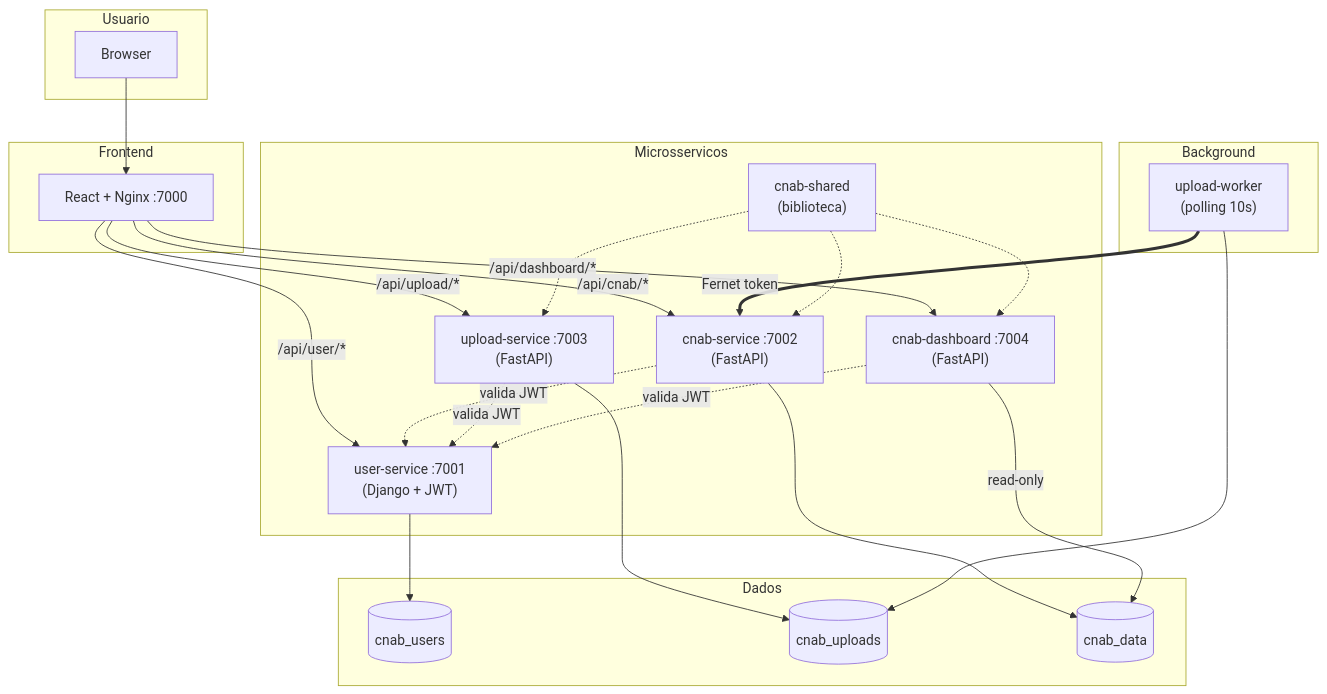
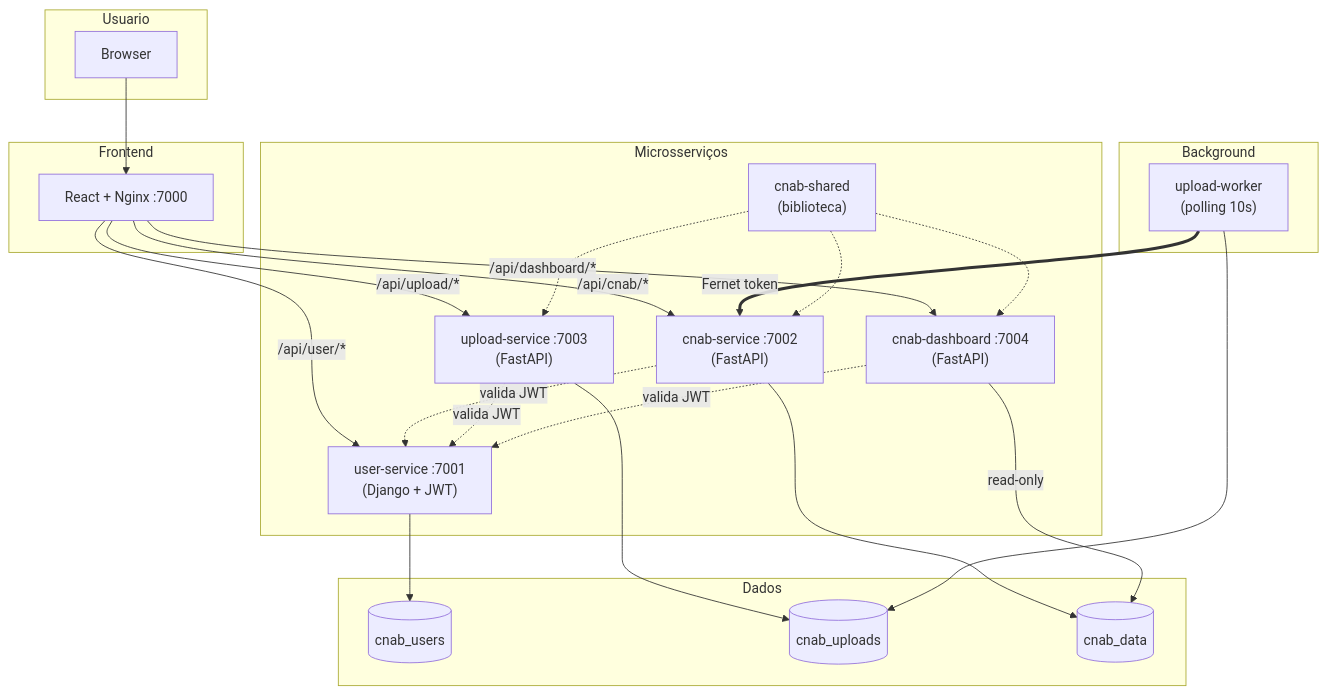
One commit to LucasBiason/desafio-dev changed the diagram in README.md. Above: the diagram before and after it, drawn with Mermaid. The commit also changed other lines of this file and 3 other files, not shown here.

````diff
--- a/README.md
+++ b/README.md
@@ -82,46 +82,46 @@
 ```mermaid
 flowchart TB
   subgraph User["Usuario"]
     Browser[Browser]
   end
 
   subgraph Frontend["Frontend"]
     FE["React + Nginx :7000"]
   end
 
-  subgraph Services["Microsservicos"]
+  subgraph Services["Microsserviços"]
     US["user-service :7001\n(Django + JWT)"]
     UPS["upload-service :7003\n(FastAPI)"]
     CS["cnab-service :7002\n(FastAPI)"]
     DS["cnab-dashboard :7004\n(FastAPI)"]
     SH["cnab-shared\n(biblioteca)"]
   end
 
   subgraph Worker["Background"]
     WK["upload-worker\n(polling 10s)"]
   end
 
   subgraph Data["Dados"]
     PG_USERS[("cnab_users")]
     PG_UPLOADS[("cnab_uploads")]
     PG_DATA[("cnab_data")]
   end
 
   Browser --> FE
   FE -->|"/api/user/*"| US
   FE -->|"/api/upload/*"| UPS
   FE -->|"/api/cnab/*"| CS
   FE -->|"/api/dashboard/*"| DS
   WK ==>|"Fernet token"| CS
   CS -.->|"valida JWT"| US
   UPS -.->|"valida JWT"| US
   DS -.->|"valida JWT"| US
   SH -.-> CS
   SH -.-> UPS
   SH -.-> DS
   UPS --> PG_UPLOADS
   WK --> PG_UPLOADS
   CS --> PG_DATA
   DS -->|"read-only"| PG_DATA
   US --> PG_USERS
 ```
````
